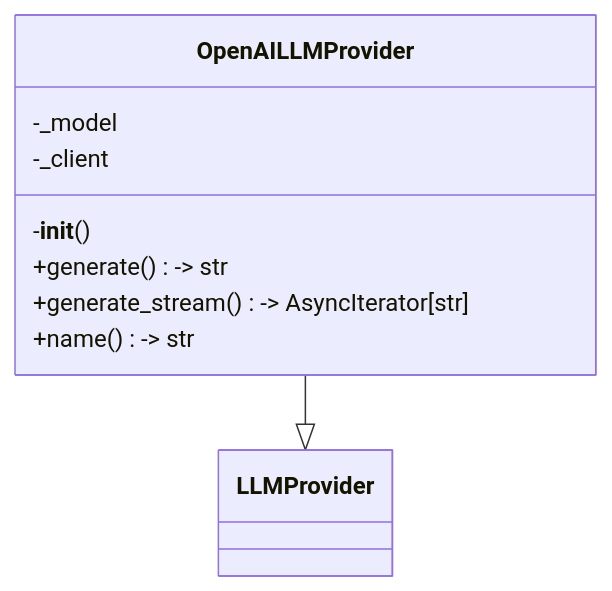
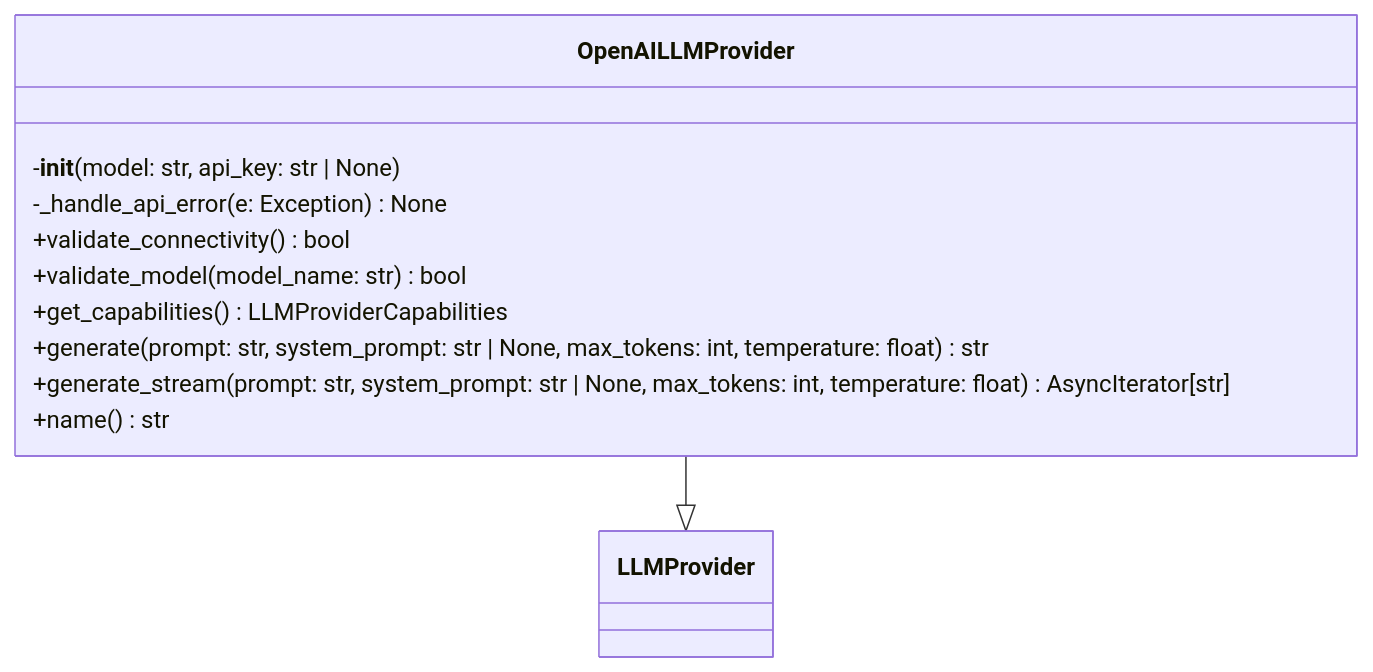
One commit to UrbanDiver/local-deepwiki-mcp changed the first of 2 diagrams in .deepwiki/files/src/local_deepwiki/providers/llm/openai.md. Above: the diagram before and after it, drawn with Mermaid. The commit also changed other lines of this file and 65 other files, not shown here.

````diff
--- a/.deepwiki/files/src/local_deepwiki/providers/llm/openai.md
+++ b/.deepwiki/files/src/local_deepwiki/providers/llm/openai.md
@@ -591,12 +515,14 @@
 ```mermaid
 classDiagram
     class OpenAILLMProvider {
-        -_model
-        -_client
-        -__init__()
-        +generate() -> str
-        +generate_stream() -> AsyncIterator[str]
-        +name() -> str
+        -__init__(model: str, api_key: str | None)
+        -_handle_api_error(e: Exception) None
+        +validate_connectivity() bool
+        +validate_model(model_name: str) bool
+        +get_capabilities() LLMProviderCapabilities
+        +generate(prompt: str, system_prompt: str | None, max_tokens: int, temperature: float) str
+        +generate_stream(prompt: str, system_prompt: str | None, max_tokens: int, temperature: float) AsyncIterator[str]
+        +name() str
     }
     OpenAILLMProvider --|> LLMProvider
 ```
````
